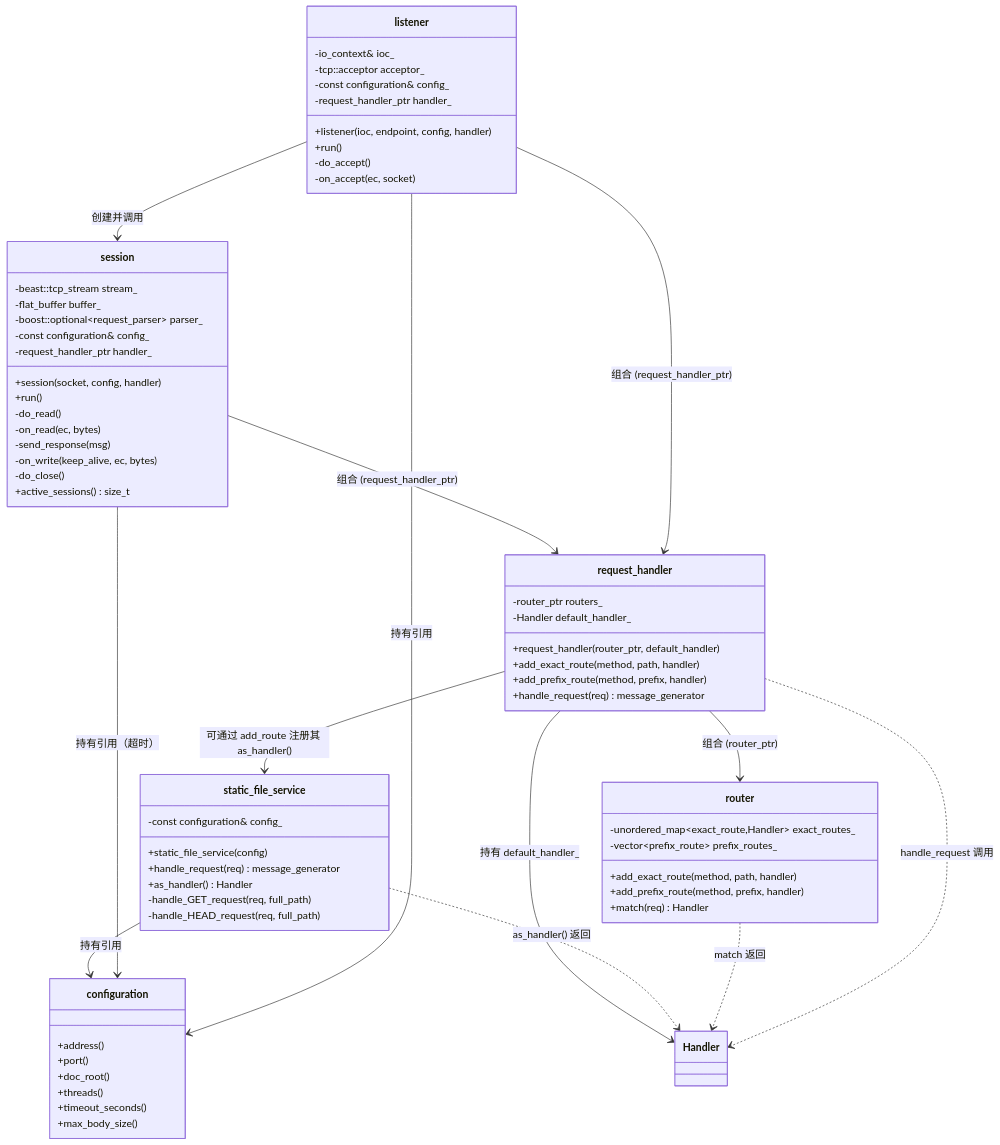
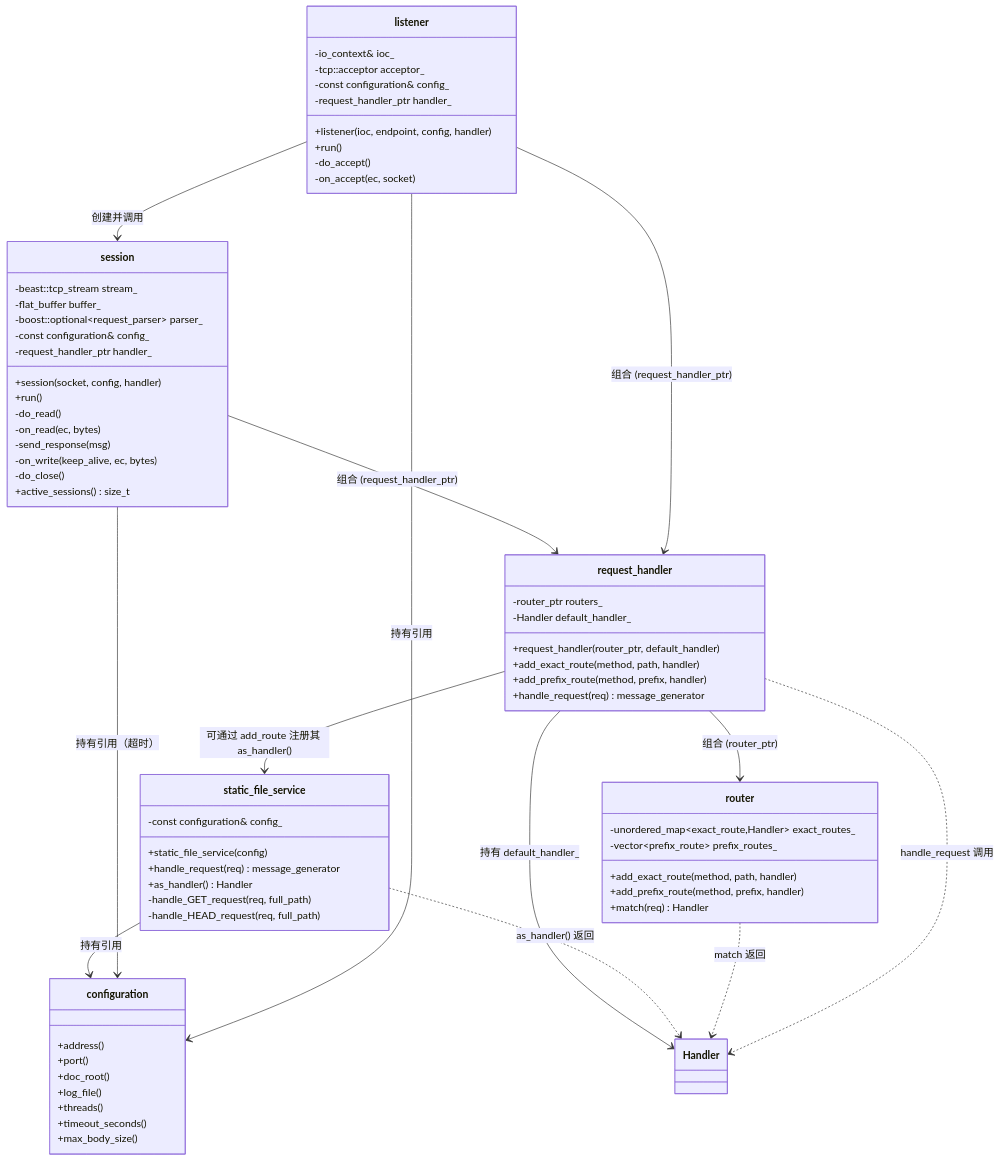
Before and after one commit to iLogIng/http_server: the second of 3 diagrams in README.md, drawn with Mermaid. The commit also changed other lines of this file, not shown here.

```diff
--- a/README.md
+++ b/README.md
@@ -123,6 +129,7 @@
         +address()
         +port()
         +doc_root()
+        +log_file()
         +threads()
         +timeout_seconds()
         +max_body_size()
```
